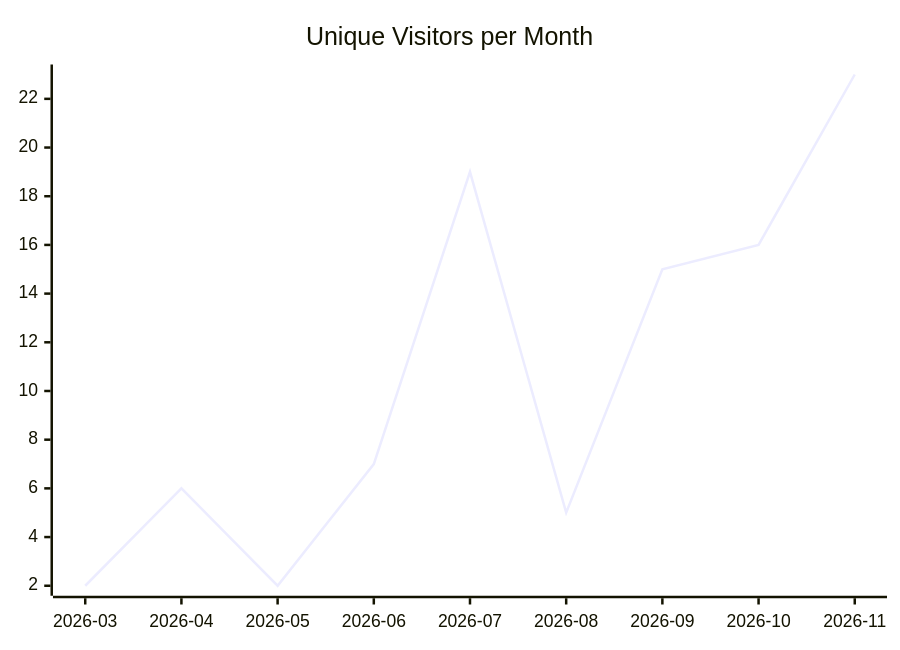
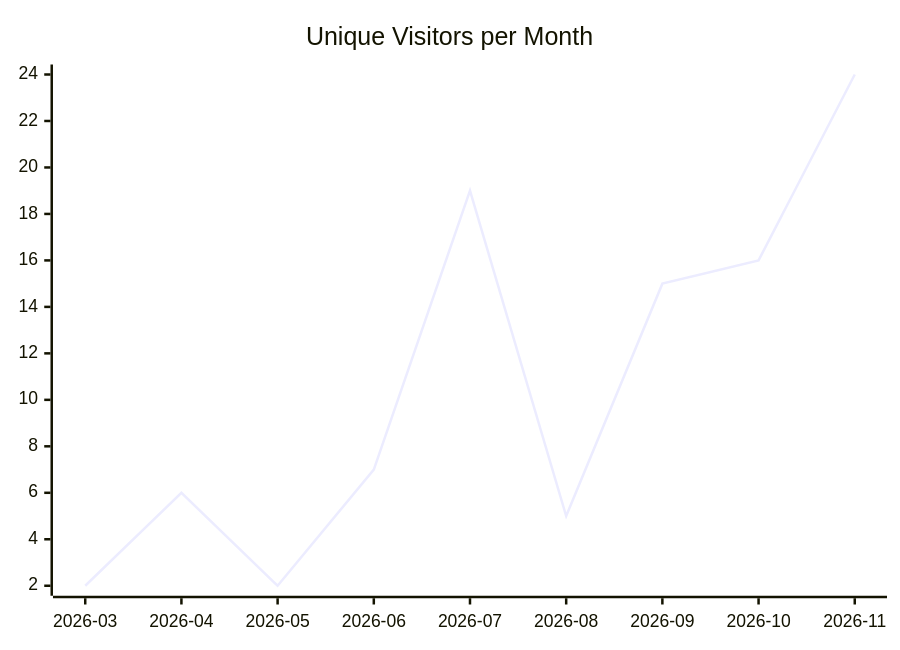
The first of 3 diagrams in karlmdavis/fhir-benchmarks/README.md (justdavis-family/github-analytics-data), drawn with Mermaid before and after one commit. The commit also changed other lines of this file and 199 other files, not shown here.

````diff
--- a/karlmdavis/fhir-benchmarks/README.md
+++ b/karlmdavis/fhir-benchmarks/README.md
@@ -5,6 +5,6 @@
 ```mermaid
 xychart-beta
   title "Unique Visitors per Month"
   x-axis ["2026-03", "2026-04", "2026-05", "2026-06", "2026-07", "2026-08", "2026-09", "2026-10", "2026-11"]
-  line [2, 6, 2, 7, 19, 5, 15, 16, 23]
+  line [2, 6, 2, 7, 19, 5, 15, 16, 24]
 ```
````
